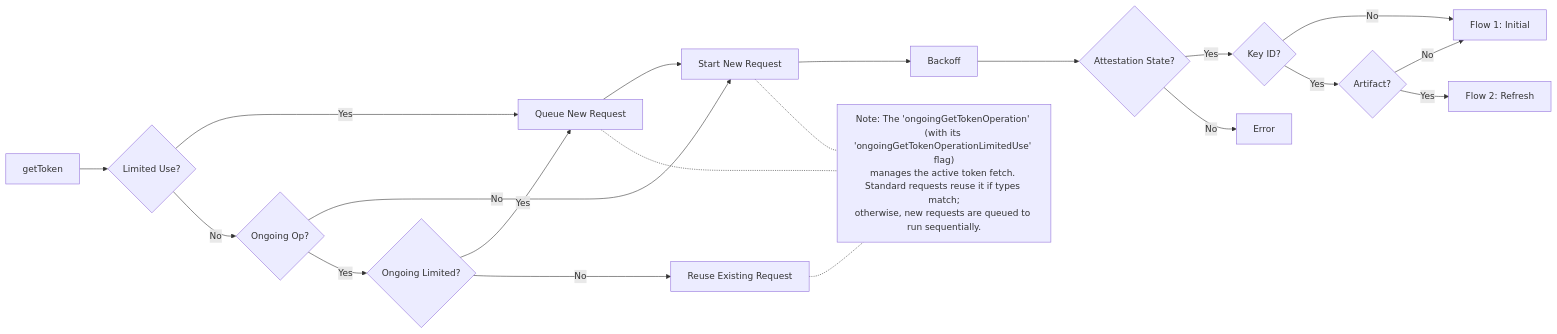
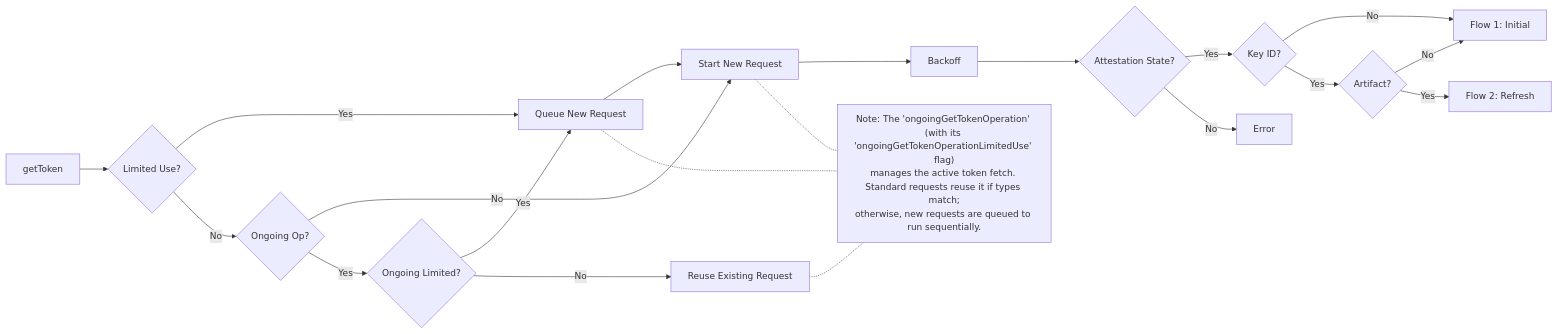
One commit to google/app-check changed the first of 4 diagrams in docs/providers/app-attest.md. Above: the diagram before and after it, drawn with Mermaid.

````diff
--- a/docs/providers/app-attest.md
+++ b/docs/providers/app-attest.md
@@ -31,33 +31,33 @@
 ```mermaid
-%%{init: {"flowchart": {"diagramPadding": 130}}}%%
+%%{init: {"flowchart": {"diagramPadding": 100}}}%%
 flowchart LR
     Start[getToken] --> CheckUse{Limited Use?}
     
     CheckUse -- Yes --> Queue[Queue New Request]
     CheckUse -- No --> Coalesce{Ongoing Op?}
     
     Coalesce -- No --> StartNew[Start New Request]
     Coalesce -- Yes --> CheckOngoing{Ongoing Limited?}
     
     CheckOngoing -- Yes --> Queue
     CheckOngoing -- No --> Reuse[Reuse Existing Request]
     
     Queue --> StartNew
     StartNew --> Backoff[Backoff]
     
     Backoff --> StateCheck{Attestation State?}
     
     StateCheck -->|Yes| KeyCheck{Key ID?}
     
     KeyCheck -- No --> Flow1[Flow 1: Initial]
     KeyCheck -- Yes --> ArtifactCheck{Artifact?}
     
     ArtifactCheck -- No --> Flow1
     ArtifactCheck -- Yes --> Flow2[Flow 2: Refresh]
 
     StateCheck -->|No| Error[Error]
 
     Reuse -.- Footnote["Note: The 'ongoingGetTokenOperation' (with its 'ongoingGetTokenOperationLimitedUse' flag)<br/>manages the active token fetch. Standard requests reuse it if types match;<br/>otherwise, new requests are queued to run sequentially."]
     Queue -.- Footnote
     StartNew -.- Footnote
 ```
````
